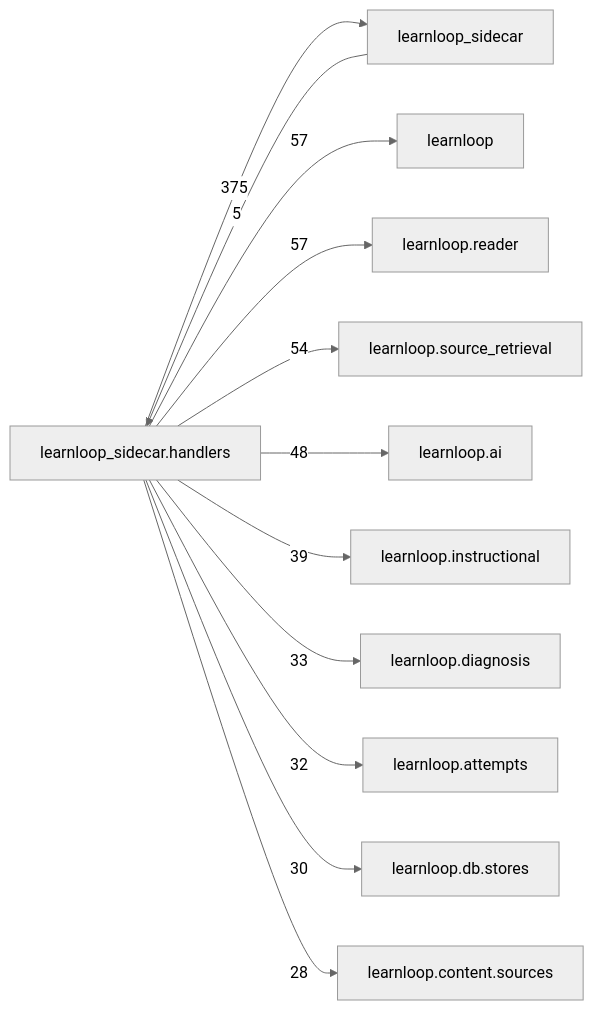
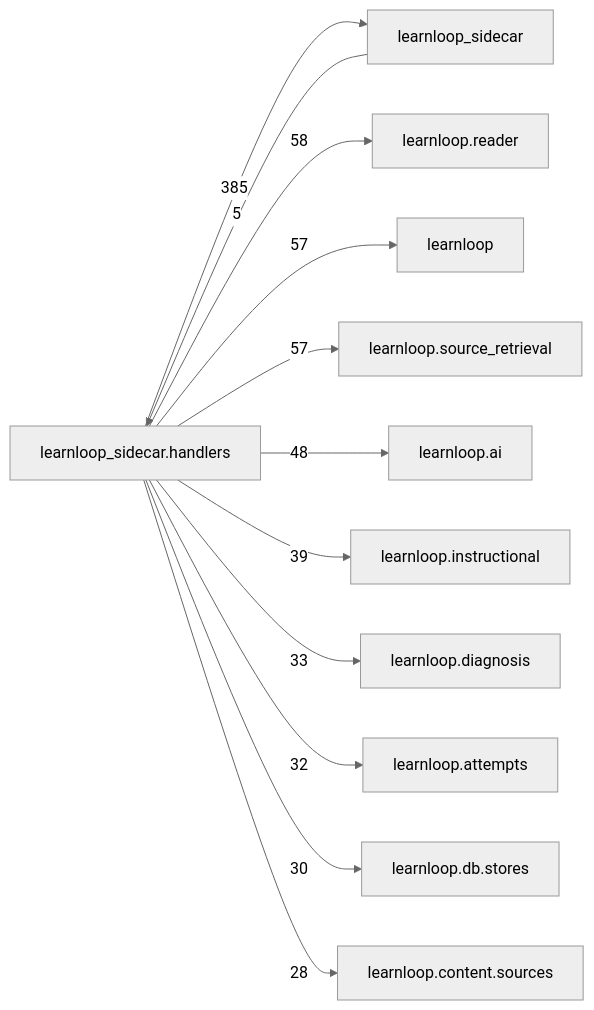
The diagram in docs/learnloop-architecture-vault/Reference/Modules/learnloop_sidecar/handlers/_package.md (6up-b/learnanything), drawn with Mermaid (neutral theme) before and after one commit. The commit also changed other lines of this file and 147 other files, not shown here.

````diff
--- a/docs/learnloop-architecture-vault/Reference/Modules/learnloop_sidecar/handlers/_package.md
+++ b/docs/learnloop-architecture-vault/Reference/Modules/learnloop_sidecar/handlers/_package.md
@@ -287,25 +287,25 @@
 ```mermaid
 flowchart LR
     center["learnloop_sidecar.handlers"]
     n_learnloop_sidecar["learnloop_sidecar"]
+    n_learnloop_reader["learnloop.reader"]
     n_learnloop["learnloop"]
-    n_learnloop_reader["learnloop.reader"]
     n_learnloop_source_retrieval["learnloop.source_retrieval"]
     n_learnloop_ai["learnloop.ai"]
     n_learnloop_instructional["learnloop.instructional"]
     n_learnloop_diagnosis["learnloop.diagnosis"]
     n_learnloop_attempts["learnloop.attempts"]
     n_learnloop_db_stores["learnloop.db.stores"]
     n_learnloop_content_sources["learnloop.content.sources"]
     n_learnloop_sidecar -->|5| center
-    center -->|375| n_learnloop_sidecar
+    center -->|385| n_learnloop_sidecar
+    center -->|58| n_learnloop_reader
     center -->|57| n_learnloop
-    center -->|57| n_learnloop_reader
-    center -->|54| n_learnloop_source_retrieval
+    center -->|57| n_learnloop_source_retrieval
     center -->|48| n_learnloop_ai
     center -->|39| n_learnloop_instructional
     center -->|33| n_learnloop_diagnosis
     center -->|32| n_learnloop_attempts
     center -->|30| n_learnloop_db_stores
     center -->|28| n_learnloop_content_sources
 ```
````
